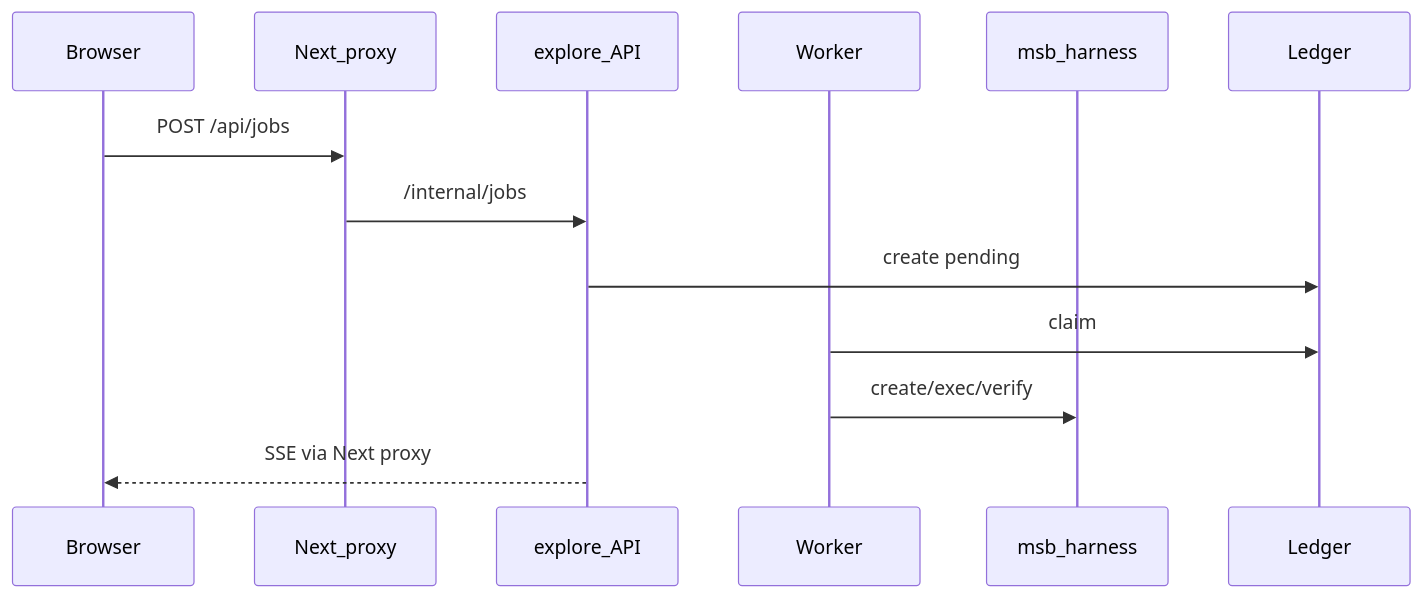
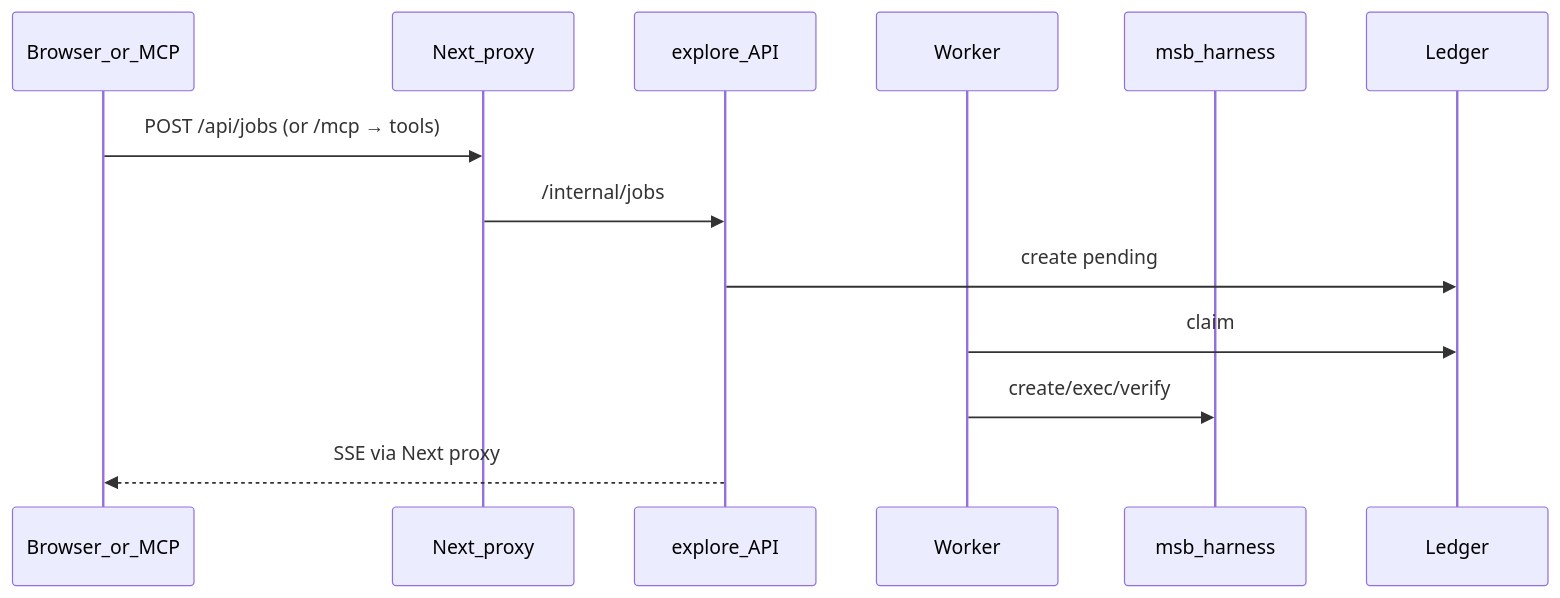
The fourth of 7 diagrams in ARCHITECTURE.md (ludvigodin/killhub), drawn with Mermaid before and after one commit. The commit also changed other lines of this file, not shown here.

First line of the commit message:
Update ARCHITECTURE.md for clarity and consistency

````diff
--- a/ARCHITECTURE.md
+++ b/ARCHITECTURE.md
@@ -351,15 +364,15 @@
 ```mermaid
 sequenceDiagram
-  participant Browser
+  participant Client as Browser_or_MCP
   participant Next as Next_proxy
   participant Explore as explore_API
   participant Worker
   participant Harness as msb_harness
   participant Ledger
-  Browser->>Next: POST /api/jobs
+  Client->>Next: POST /api/jobs (or /mcp → tools)
   Next->>Explore: /internal/jobs
   Explore->>Ledger: create pending
   Worker->>Ledger: claim
   Worker->>Harness: create/exec/verify
-  Explore-->>Browser: SSE via Next proxy
+  Explore-->>Client: SSE via Next proxy
 ```
````
